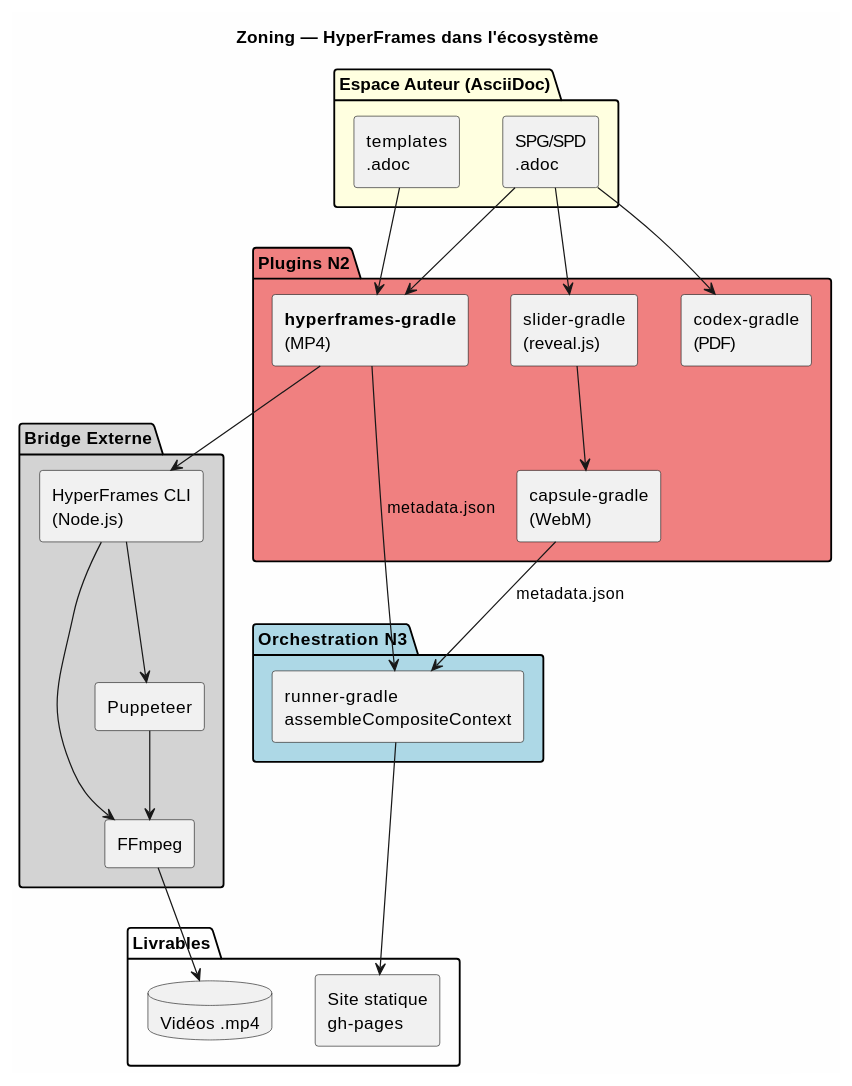
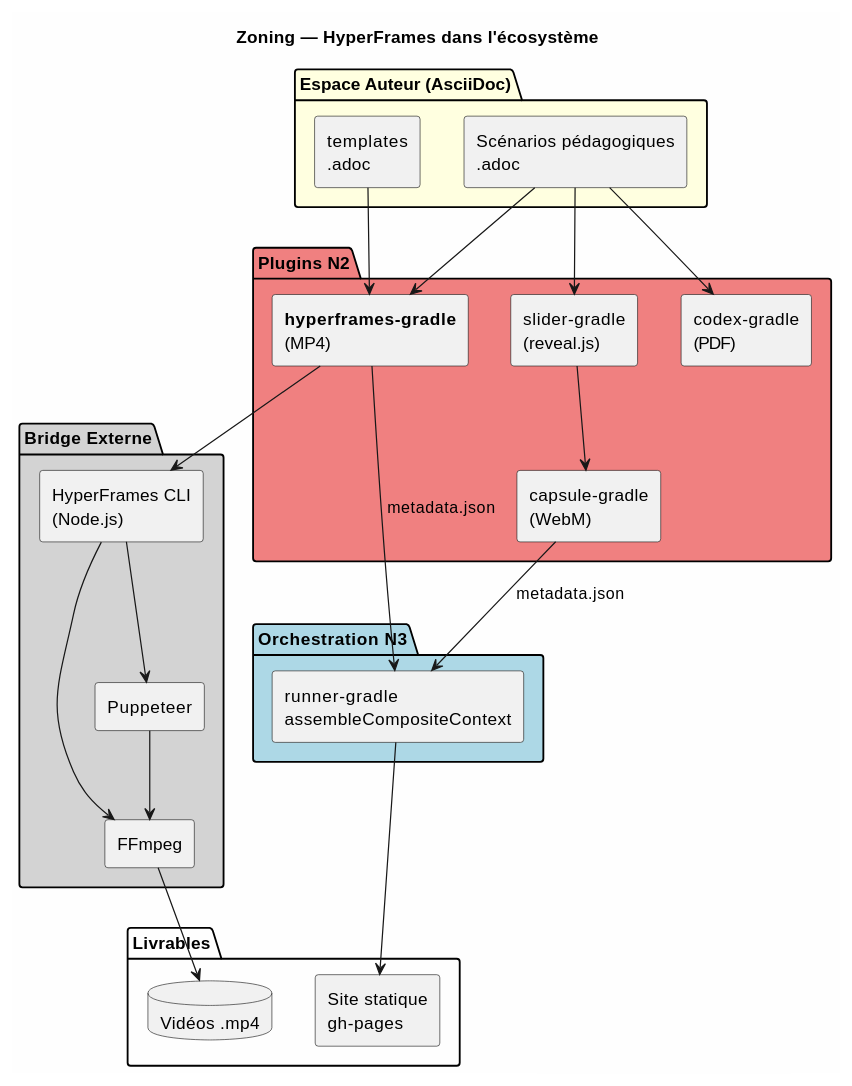
The first of 3 diagrams in hyperframes-plugin/doc/PILOTAGE_HYPERFRAMES.adoc (cccp-education/hyperframes-gradle), drawn with PlantUML before and after one commit. The commit also changed other lines of this file and 3 other files, not shown here.

Commit message:
rename: RENAME-12 docs courantes FPA/AFNOR/REAC/SPG-SPD -> generiques (S-254)

```diff
--- a/hyperframes-plugin/doc/PILOTAGE_HYPERFRAMES.adoc
+++ b/hyperframes-plugin/doc/PILOTAGE_HYPERFRAMES.adoc
@@ -198,48 +198,48 @@
 [plantuml,target="zoning",format="svg"]
 ----
 @startuml
 skinparam backgroundColor #FEFEFE
 title Zoning — HyperFrames dans l'écosystème
 
 package "Espace Auteur (AsciiDoc)" #LightYellow {
-  rectangle "SPG/SPD\n.adoc" as source
+  rectangle "Scénarios pédagogiques\n.adoc" as source
   rectangle "templates\n.adoc" as templates
 }
 
 package "Plugins N2" #LightCoral {
   rectangle "slider-gradle\n(reveal.js)" as slider
   rectangle "codex-gradle\n(PDF)" as codex
   rectangle "capsule-gradle\n(WebM)" as capsule
   rectangle "**hyperframes-gradle**\n(MP4)" as hf
 }
 
 package "Bridge Externe" #LightGrey {
   rectangle "HyperFrames CLI\n(Node.js)" as cli
   rectangle "Puppeteer" as puppeteer
   rectangle "FFmpeg" as ffmpeg
 }
 
 package "Orchestration N3" #LightBlue {
   rectangle "runner-gradle\nassembleCompositeContext" as runner
 }
 
 package "Livrables" {
   rectangle "Site statique\ngh-pages" as site
   database "Vidéos .mp4" as mp4
 }
 
 source --> slider
 source --> codex
 source --> hf
 templates --> hf
 slider --> capsule
 hf --> cli
 cli --> puppeteer
 cli --> ffmpeg
 puppeteer --> ffmpeg
 capsule --> runner : metadata.json
 hf --> runner : metadata.json
 ffmpeg --> mp4
 runner --> site
 @enduml
 ----
```
